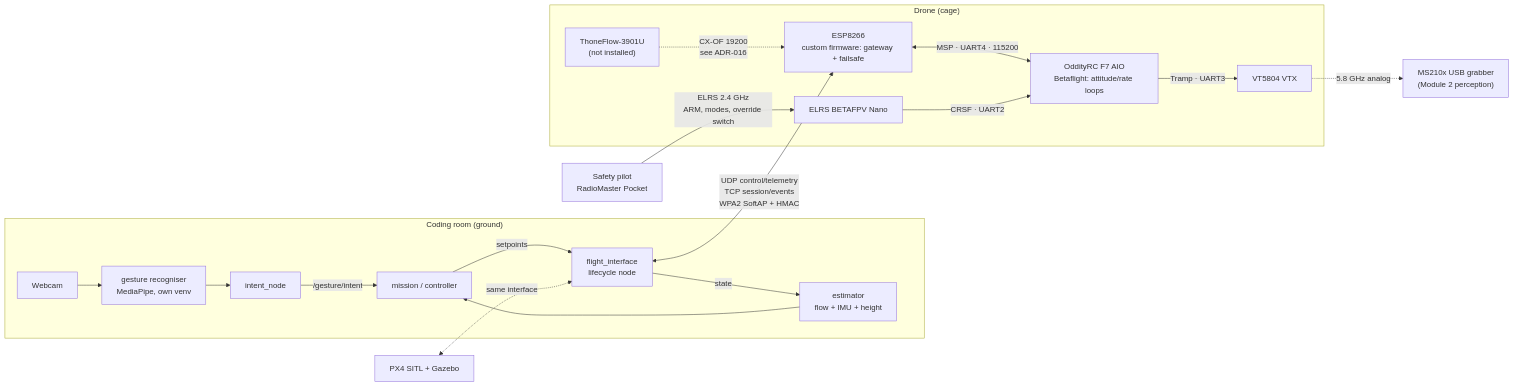
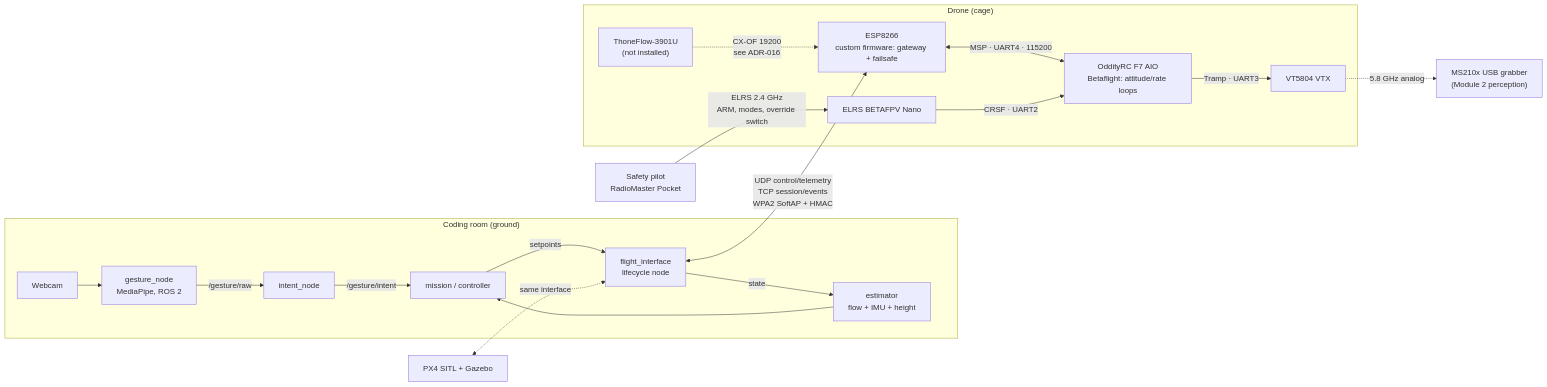
One commit to SEAME-pt/SEA-ME_Team1_ROSRangers changed the diagram in docs/PraticalPlan/03 Architecture/System Overview.md. Above: the diagram before and after it, drawn with Mermaid. The commit also changed other lines of this file and 9 other files, not shown here.

First line of the commit message:
Document Docker, Makefile and tests for the gesture ROS 2 nodes (#80)

````diff
--- a/docs/PraticalPlan/03 Architecture/System Overview.md
+++ b/docs/PraticalPlan/03 Architecture/System Overview.md
@@ -22,26 +23,26 @@
 ```mermaid
 flowchart LR
   subgraph Room["Coding room (ground)"]
-    CAM[Webcam] --> GEST["gesture recogniser<br/>MediaPipe, own venv"]
-    GEST --> GN[intent_node]
+    CAM[Webcam] --> GEST["gesture_node<br/>MediaPipe, ROS 2"]
+    GEST -->|/gesture/raw| GN[intent_node]
     GN -->|/gesture/intent| MISSION[mission / controller]
     EST["estimator<br/>flow + IMU + height"] --> MISSION
     MISSION -->|setpoints| FI["flight_interface<br/>lifecycle node"]
     FI -->|state| EST
   end
   subgraph Air["Drone (cage)"]
     ESP["ESP8266<br/>custom firmware: gateway + failsafe"]
     FC["OddityRC F7 AIO<br/>Betaflight: attitude/rate loops"]
     FLOW["ThoneFlow-3901U<br/>(not installed)"]
     ELRS["ELRS BETAFPV Nano"]
     VTX["VT5804 VTX"]
   end
   FI <-->|"UDP control/telemetry<br/>TCP session/events<br/>WPA2 SoftAP + HMAC"| ESP
   ESP <-->|"MSP · UART4 · 115200"| FC
   FLOW -.->|"CX-OF 19200<br/>see ADR-016"| ESP
   PILOT["Safety pilot<br/>RadioMaster Pocket"] -->|"ELRS 2.4 GHz<br/>ARM, modes, override switch"| ELRS
   ELRS -->|"CRSF · UART2"| FC
   FC -->|"Tramp · UART3"| VTX
   VTX -.->|"5.8 GHz analog"| GRAB["MS210x USB grabber<br/>(Module 2 perception)"]
   SIM["PX4 SITL + Gazebo"] <-.same interface.-> FI
 ```
````
